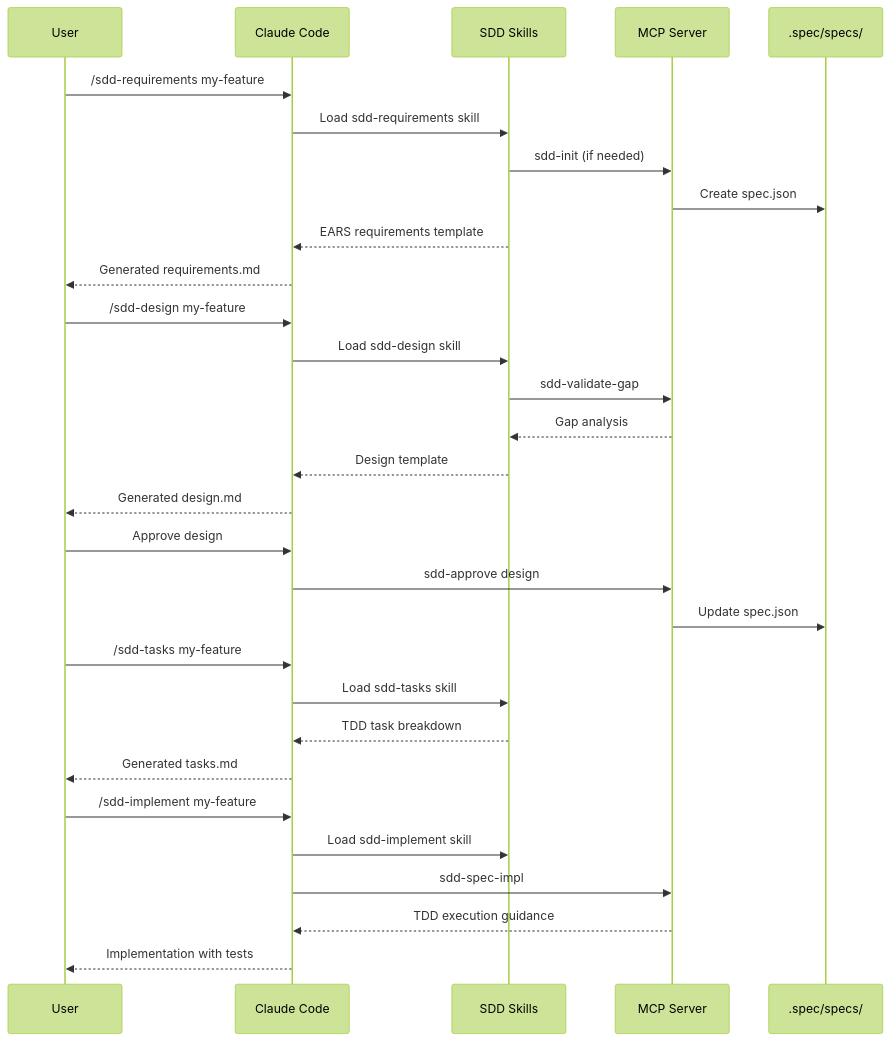
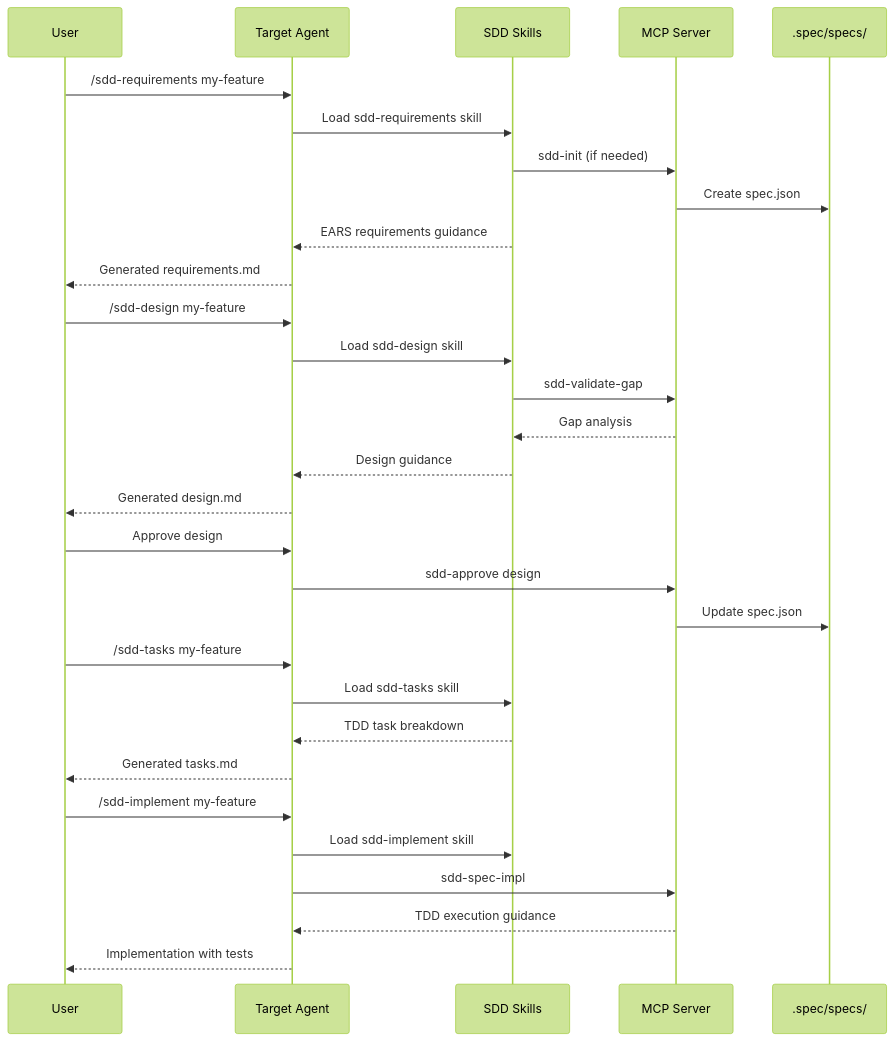
One commit to yi-john-huang/sdd-mcp changed the second of 5 diagrams in docs/WORKFLOW.md. Above: the diagram before and after it, drawn with Mermaid (forest theme). The commit also changed other lines of this file and 22 other files, not shown here.

````diff
--- a/docs/WORKFLOW.md
+++ b/docs/WORKFLOW.md
@@ -64,37 +64,37 @@
 ```mermaid
 sequenceDiagram
     participant User
-    participant Claude as Claude Code
+    participant Agent as Target Agent
     participant Skill as SDD Skills
     participant MCP as MCP Server
     participant Spec as .spec/specs/
 
-    User->>Claude: /sdd-requirements my-feature
-    Claude->>Skill: Load sdd-requirements skill
+    User->>Agent: /sdd-requirements my-feature
+    Agent->>Skill: Load sdd-requirements skill
     Skill->>MCP: sdd-init (if needed)
     MCP->>Spec: Create spec.json
-    Skill-->>Claude: EARS requirements template
-    Claude-->>User: Generated requirements.md
+    Skill-->>Agent: EARS requirements guidance
+    Agent-->>User: Generated requirements.md
 
-    User->>Claude: /sdd-design my-feature
-    Claude->>Skill: Load sdd-design skill
+    User->>Agent: /sdd-design my-feature
+    Agent->>Skill: Load sdd-design skill
     Skill->>MCP: sdd-validate-gap
     MCP-->>Skill: Gap analysis
-    Skill-->>Claude: Design template
-    Claude-->>User: Generated design.md
+    Skill-->>Agent: Design guidance
+    Agent-->>User: Generated design.md
 
-    User->>Claude: Approve design
-    Claude->>MCP: sdd-approve design
+    User->>Agent: Approve design
+    Agent->>MCP: sdd-approve design
     MCP->>Spec: Update spec.json
 
-    User->>Claude: /sdd-tasks my-feature
-    Claude->>Skill: Load sdd-tasks skill
-    Skill-->>Claude: TDD task breakdown
-    Claude-->>User: Generated tasks.md
+    User->>Agent: /sdd-tasks my-feature
+    Agent->>Skill: Load sdd-tasks skill
+    Skill-->>Agent: TDD task breakdown
+    Agent-->>User: Generated tasks.md
 
-    User->>Claude: /sdd-implement my-feature
-    Claude->>Skill: Load sdd-implement skill
-    Claude->>MCP: sdd-spec-impl
-    MCP-->>Claude: TDD execution guidance
-    Claude-->>User: Implementation with tests
+    User->>Agent: /sdd-implement my-feature
+    Agent->>Skill: Load sdd-implement skill
+    Agent->>MCP: sdd-spec-impl
+    MCP-->>Agent: TDD execution guidance
+    Agent-->>User: Implementation with tests
 ```
````
